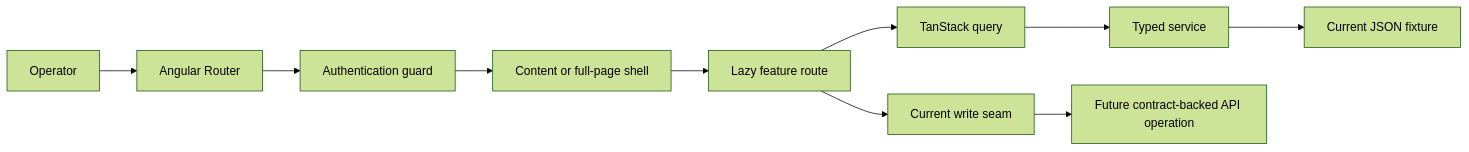
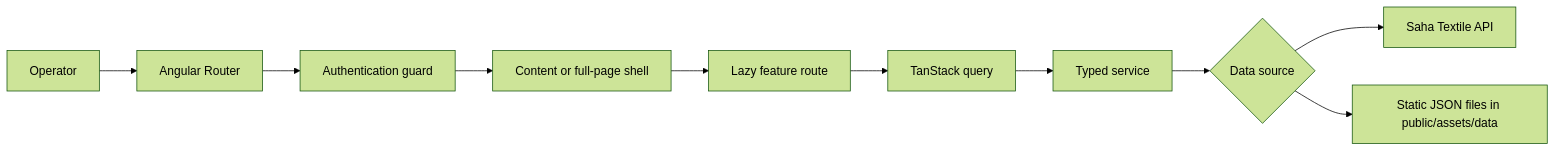
One commit to Kaizer-Systems/saha-textile changed the diagram in docs/admin/overview.md. Above: the diagram before and after it, drawn with Mermaid (forest theme). The commit also changed other lines of this file and 92 other files, not shown here.

````diff
--- a/docs/admin/overview.md
+++ b/docs/admin/overview.md
@@ -31,12 +29,12 @@
 ```mermaid
 flowchart LR
     Operator["Operator"] --> Router["Angular Router"]
     Router --> Guard["Authentication guard"]
     Guard --> Shell["Content or full-page shell"]
     Shell --> Feature["Lazy feature route"]
     Feature --> Query["TanStack query"]
     Query --> Service["Typed service"]
-    Service --> Fixture["Current JSON fixture"]
-    Feature --> Mutation["Current write seam"]
-    Mutation --> Future["Future contract-backed API operation"]
+    Service --> Source{"Data source"}
+    Source --> API["Saha Textile API"]
+    Source --> JSON["Static JSON files in public/assets/data"]
 ```
````
